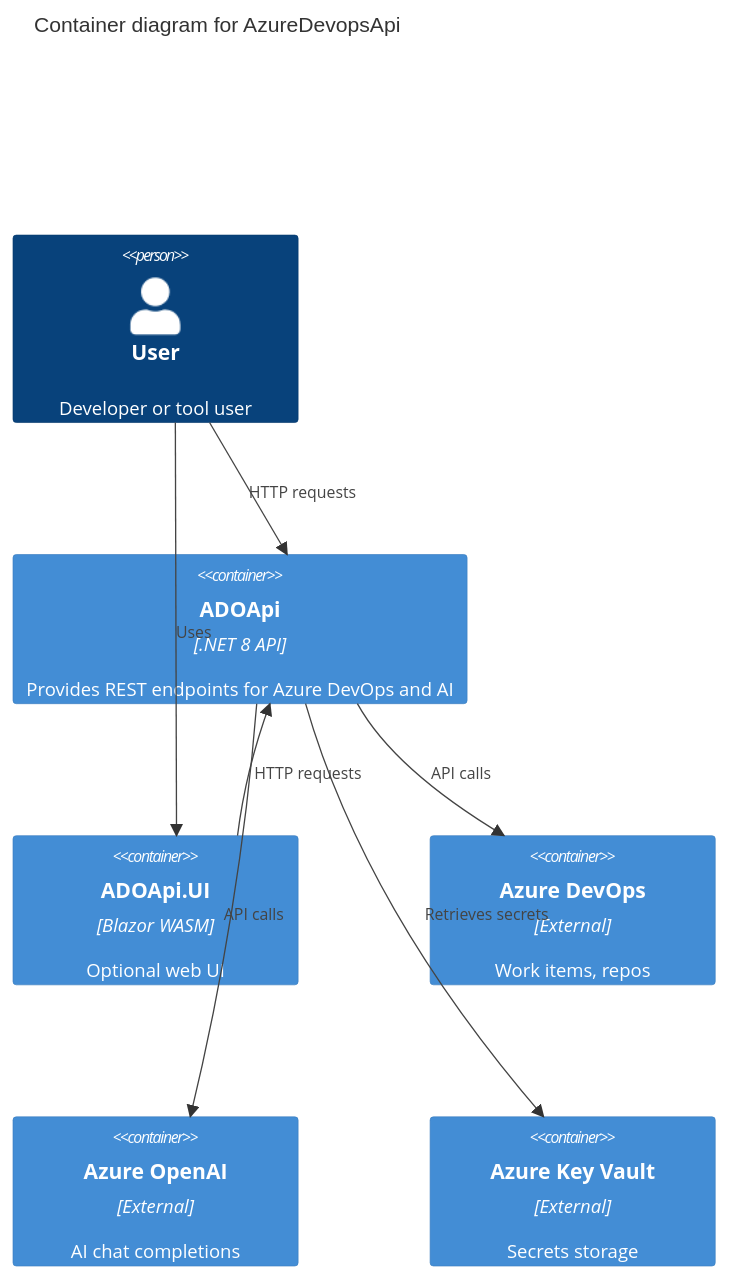
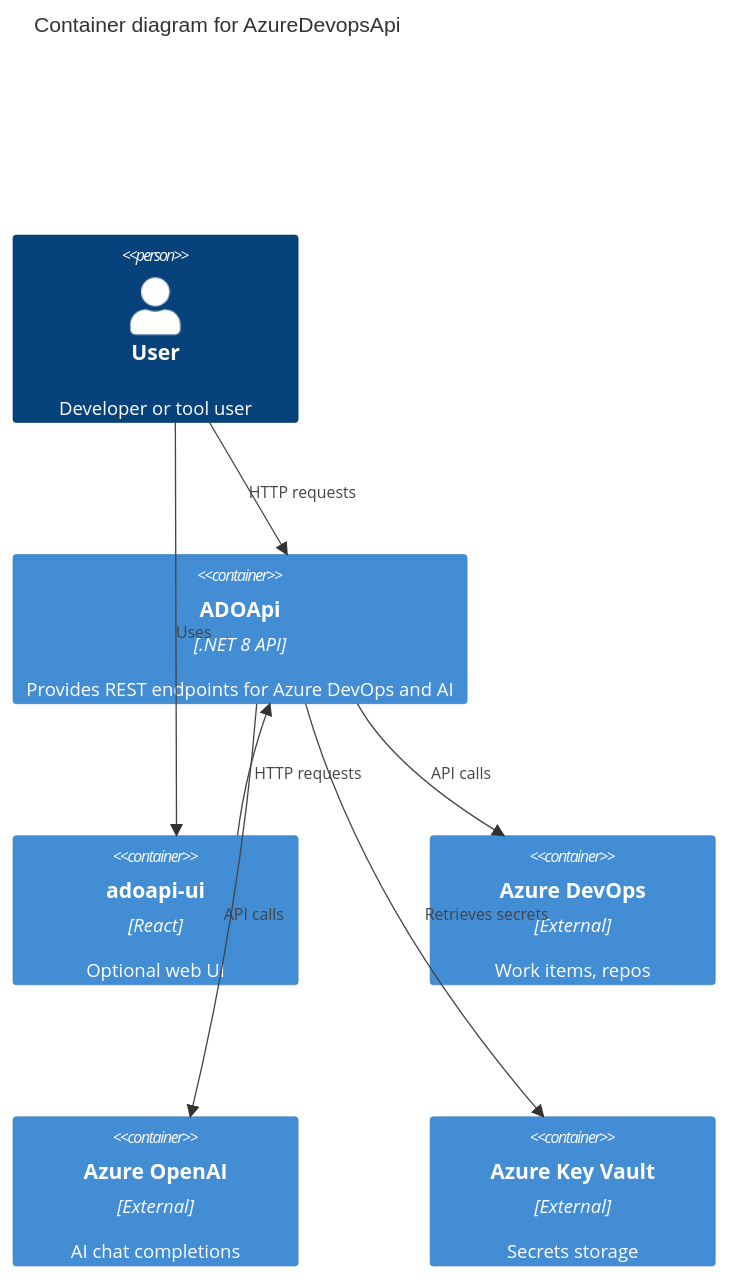
Before and after one commit to tomblanchard312/AzureDevopsApi: the first of 4 diagrams in ARCHITECTURE.md, drawn with Mermaid. The commit also changed other lines of this file and 47 other files, not shown here.

````diff
--- a/ARCHITECTURE.md
+++ b/ARCHITECTURE.md
@@ -66,18 +66,18 @@
 ```mermaid
 C4Container
   title Container diagram for AzureDevopsApi
 
   Person(user, "User", "Developer or tool user")
   Container(api, "ADOApi", ".NET 8 API", "Provides REST endpoints for Azure DevOps and AI")
-  Container(ui, "ADOApi.UI", "Blazor WASM", "Optional web UI")
+  Container(ui, "adoapi-ui", "React", "Optional web UI")
   Container(azdo, "Azure DevOps", "External", "Work items, repos")
   Container(openai, "Azure OpenAI", "External", "AI chat completions")
   Container(kv, "Azure Key Vault", "External", "Secrets storage")
 
   Rel(user, api, "HTTP requests")
   Rel(user, ui, "Uses")
   Rel(ui, api, "HTTP requests")
   Rel(api, azdo, "API calls")
   Rel(api, openai, "API calls")
   Rel(api, kv, "Retrieves secrets")
 ```
````
